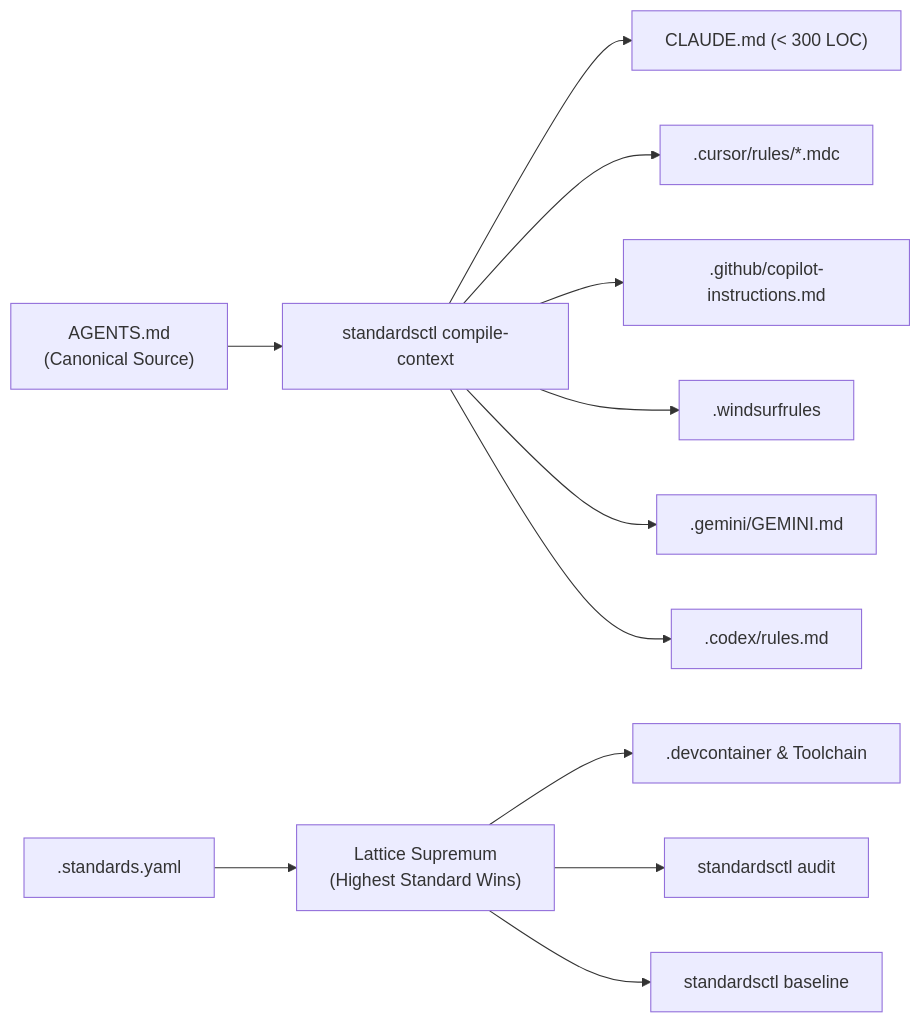
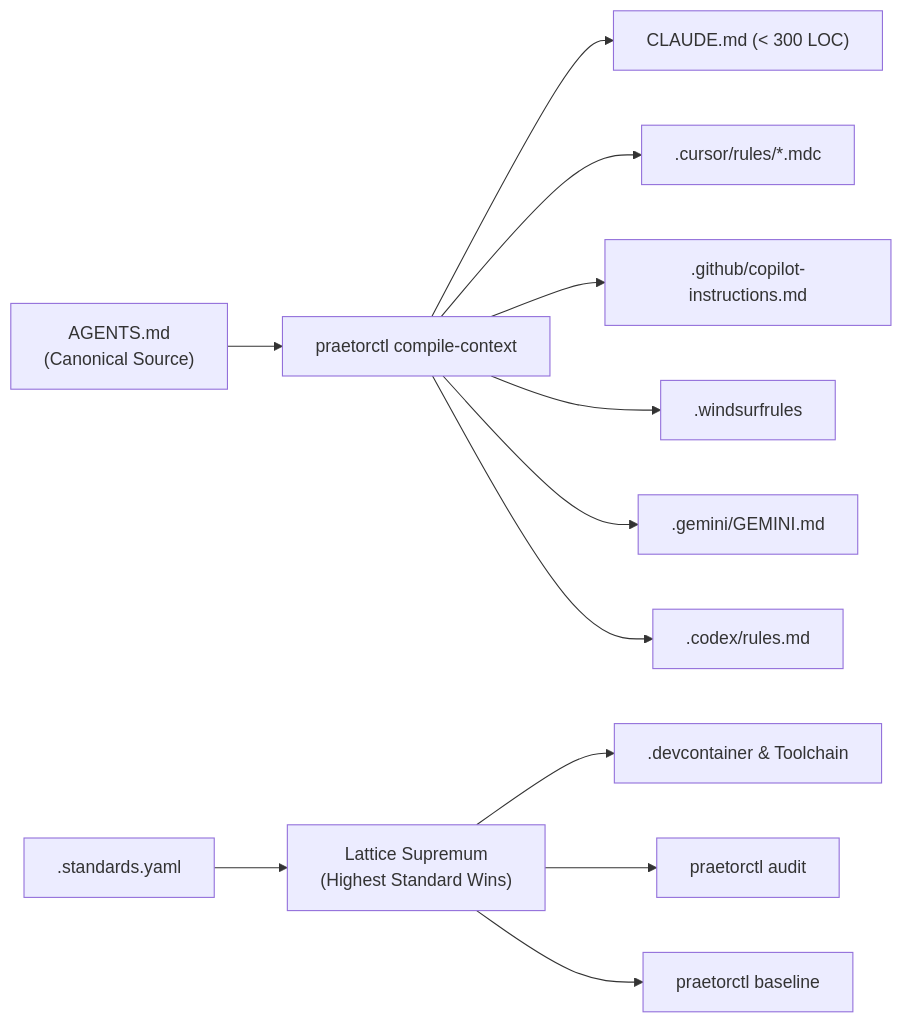
The diagram in README.md (cordanaLLM/praetor), drawn with Mermaid before and after one commit. The commit also changed other lines of this file and 3 other files, not shown here.

````diff
--- a/README.md
+++ b/README.md
@@ -64,15 +64,15 @@
 ```mermaid
 flowchart LR
-    AGENTS["AGENTS.md\n(Canonical Source)"] --> COMP["standardsctl compile-context"]
+    AGENTS["AGENTS.md\n(Canonical Source)"] --> COMP["praetorctl compile-context"]
     COMP --> C1["CLAUDE.md (< 300 LOC)"]
     COMP --> C2[".cursor/rules/*.mdc"]
     COMP --> C3[".github/copilot-instructions.md"]
     COMP --> C4[".windsurfrules"]
     COMP --> C5[".gemini/GEMINI.md"]
     COMP --> C6[".codex/rules.md"]
     
     STANDARDS[".standards.yaml"] --> LATTICE["Lattice Supremum\n(Highest Standard Wins)"]
     LATTICE --> DEV[".devcontainer & Toolchain"]
-    LATTICE --> AUDIT["standardsctl audit"]
-    LATTICE --> BASE["standardsctl baseline"]
+    LATTICE --> AUDIT["praetorctl audit"]
+    LATTICE --> BASE["praetorctl baseline"]
 ```
````
